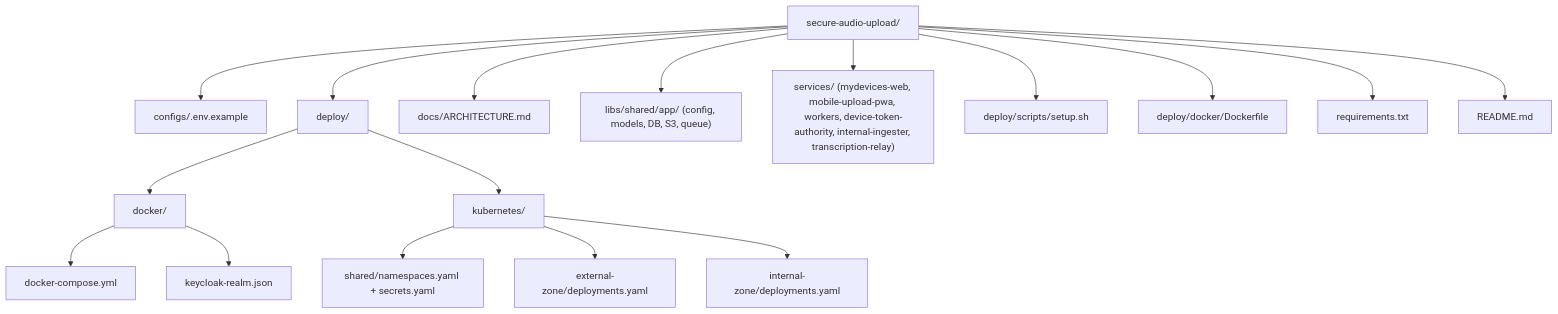
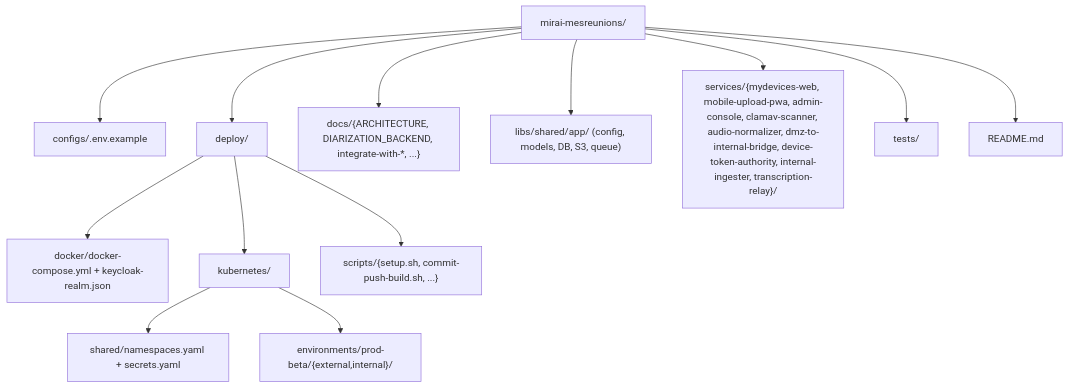
The fourth of 4 diagrams in README.md (IA-Generative/mirai-mesreunions), drawn with Mermaid before and after one commit. The commit also changed other lines of this file and 4 other files, not shown here.

````diff
--- a/README.md
+++ b/README.md
@@ -560,20 +485,16 @@
 ```mermaid
 flowchart TD
-  R["secure-audio-upload/"]
+  R["mirai-mesreunions/"]
   R --> C["configs/.env.example"]
   R --> D["deploy/"]
-  D --> DD["docker/"]
-  DD --> DDC["docker-compose.yml"]
-  DD --> DDK["keycloak-realm.json"]
+  D --> DD["docker/docker-compose.yml + keycloak-realm.json"]
   D --> DK["kubernetes/"]
   DK --> DKS["shared/namespaces.yaml + secrets.yaml"]
-  DK --> DKE["external-zone/deployments.yaml"]
-  DK --> DKI["internal-zone/deployments.yaml"]
-  R --> DOC["docs/ARCHITECTURE.md"]
+  DK --> DKE["environments/prod-beta/{external,internal}/"]
+  D --> DS["scripts/{setup.sh, commit-push-build.sh, ...}"]
+  R --> DOC["docs/{ARCHITECTURE, DIARIZATION_BACKEND, integrate-with-*, ...}"]
   R --> L["libs/shared/app/ (config, models, DB, S3, queue)"]
-  R --> S["services/ (mydevices-web, mobile-upload-pwa, workers, device-token-authority, internal-ingester, transcription-relay)"]
-  R --> DS["deploy/scripts/setup.sh"]
-  R --> DF["deploy/docker/Dockerfile"]
-  R --> REQ["requirements.txt"]
+  R --> S["services/{mydevices-web, mobile-upload-pwa, admin-console, clamav-scanner, audio-normalizer, dmz-to-internal-bridge, device-token-authority, internal-ingester, transcription-relay}/"]
+  R --> T["tests/"]
   R --> RMD["README.md"]
 ```
````
